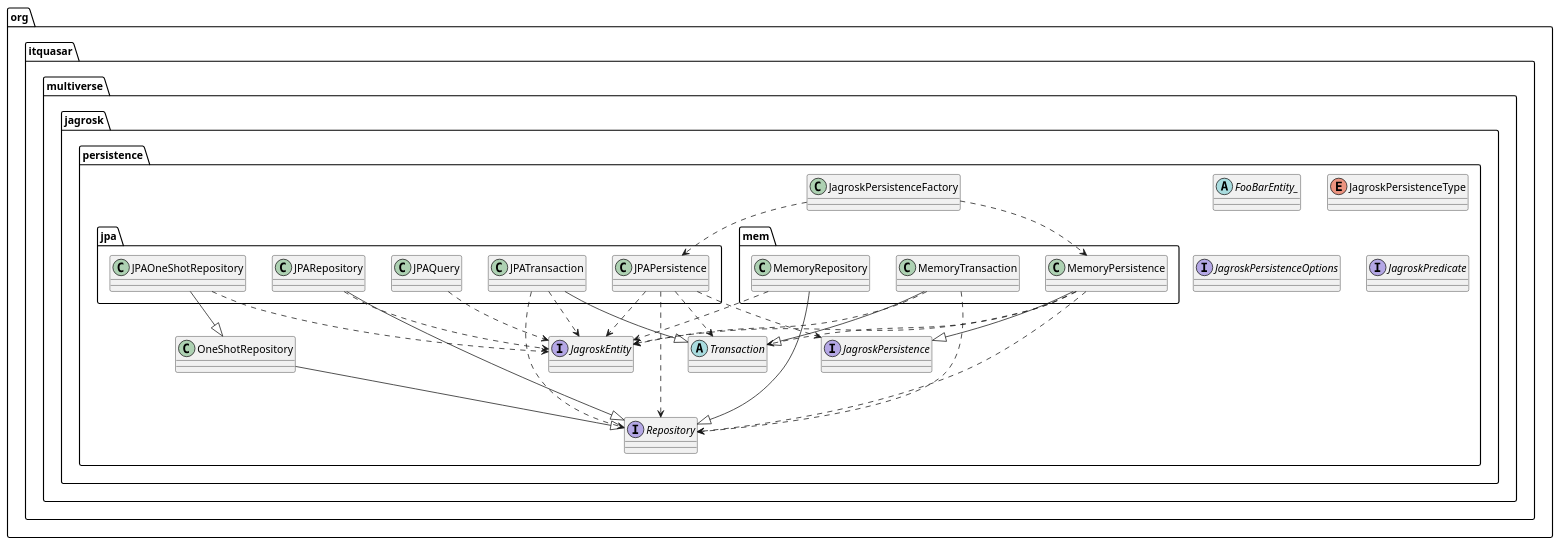
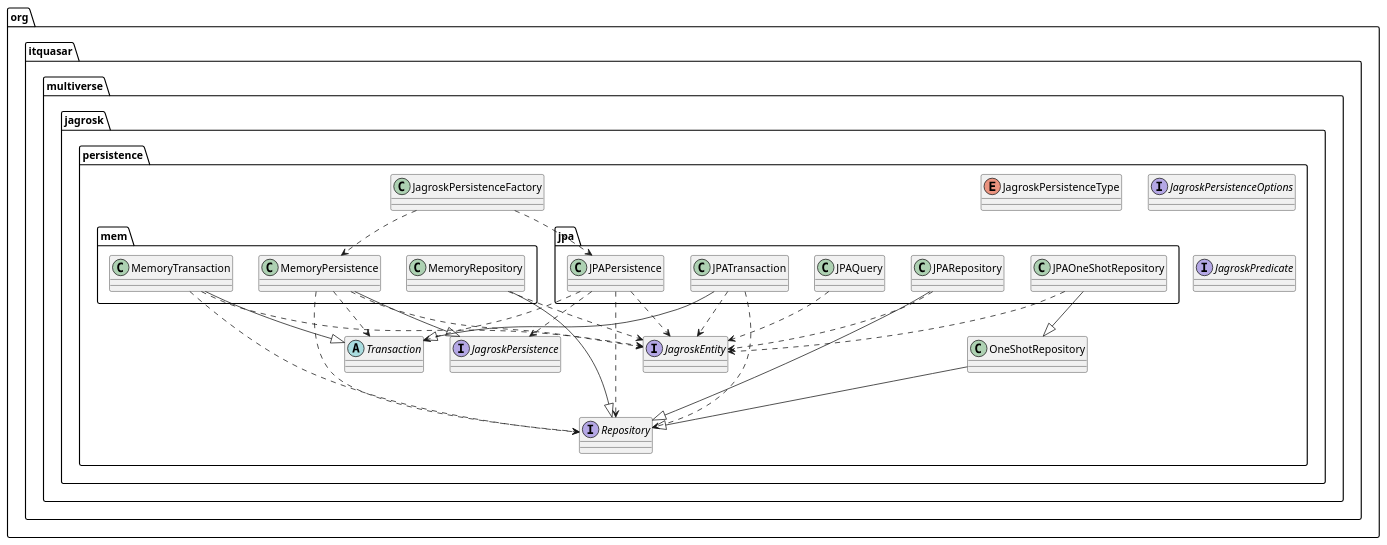
The diagram in src/main/uml/class-diagram.puml (ITQuasar/jagrosk-persistence), drawn with PlantUML before and after one commit. The commit also changed 5 other files, not shown here.

```diff
--- a/src/main/uml/class-diagram.puml
+++ b/src/main/uml/class-diagram.puml
@@ -1,44 +1,43 @@
 @startuml
-abstract class org.itquasar.multiverse.jagrosk.persistence.FooBarEntity_
 abstract class org.itquasar.multiverse.jagrosk.persistence.Transaction
 class org.itquasar.multiverse.jagrosk.persistence.JagroskPersistenceFactory
 class org.itquasar.multiverse.jagrosk.persistence.OneShotRepository
 class org.itquasar.multiverse.jagrosk.persistence.jpa.JPAOneShotRepository
 class org.itquasar.multiverse.jagrosk.persistence.jpa.JPAPersistence
 class org.itquasar.multiverse.jagrosk.persistence.jpa.JPAQuery
 class org.itquasar.multiverse.jagrosk.persistence.jpa.JPARepository
 class org.itquasar.multiverse.jagrosk.persistence.jpa.JPATransaction
 class org.itquasar.multiverse.jagrosk.persistence.mem.MemoryPersistence
 class org.itquasar.multiverse.jagrosk.persistence.mem.MemoryRepository
 class org.itquasar.multiverse.jagrosk.persistence.mem.MemoryTransaction
 enum org.itquasar.multiverse.jagrosk.persistence.JagroskPersistenceType
 interface org.itquasar.multiverse.jagrosk.persistence.JagroskEntity
 interface org.itquasar.multiverse.jagrosk.persistence.JagroskPersistence
 interface org.itquasar.multiverse.jagrosk.persistence.JagroskPersistenceOptions
 interface org.itquasar.multiverse.jagrosk.persistence.JagroskPredicate
 interface org.itquasar.multiverse.jagrosk.persistence.Repository
 org.itquasar.multiverse.jagrosk.persistence.JagroskPersistenceFactory ..> org.itquasar.multiverse.jagrosk.persistence.jpa.JPAPersistence
 org.itquasar.multiverse.jagrosk.persistence.JagroskPersistenceFactory ..> org.itquasar.multiverse.jagrosk.persistence.mem.MemoryPersistence
 org.itquasar.multiverse.jagrosk.persistence.OneShotRepository --|> org.itquasar.multiverse.jagrosk.persistence.Repository
 org.itquasar.multiverse.jagrosk.persistence.jpa.JPAOneShotRepository --|> org.itquasar.multiverse.jagrosk.persistence.OneShotRepository
 org.itquasar.multiverse.jagrosk.persistence.jpa.JPAOneShotRepository ..> org.itquasar.multiverse.jagrosk.persistence.JagroskEntity
 org.itquasar.multiverse.jagrosk.persistence.jpa.JPAPersistence ..> org.itquasar.multiverse.jagrosk.persistence.Transaction
 org.itquasar.multiverse.jagrosk.persistence.jpa.JPAPersistence ..> org.itquasar.multiverse.jagrosk.persistence.JagroskEntity
 org.itquasar.multiverse.jagrosk.persistence.jpa.JPAPersistence ..> org.itquasar.multiverse.jagrosk.persistence.JagroskPersistence
 org.itquasar.multiverse.jagrosk.persistence.jpa.JPAPersistence ..> org.itquasar.multiverse.jagrosk.persistence.Repository
 org.itquasar.multiverse.jagrosk.persistence.jpa.JPAQuery ..> org.itquasar.multiverse.jagrosk.persistence.JagroskEntity
 org.itquasar.multiverse.jagrosk.persistence.jpa.JPARepository ..> org.itquasar.multiverse.jagrosk.persistence.JagroskEntity
 org.itquasar.multiverse.jagrosk.persistence.jpa.JPARepository --|> org.itquasar.multiverse.jagrosk.persistence.Repository
 org.itquasar.multiverse.jagrosk.persistence.jpa.JPATransaction --|> org.itquasar.multiverse.jagrosk.persistence.Transaction
 org.itquasar.multiverse.jagrosk.persistence.jpa.JPATransaction ..> org.itquasar.multiverse.jagrosk.persistence.JagroskEntity
 org.itquasar.multiverse.jagrosk.persistence.jpa.JPATransaction ..> org.itquasar.multiverse.jagrosk.persistence.Repository
 org.itquasar.multiverse.jagrosk.persistence.mem.MemoryPersistence ..> org.itquasar.multiverse.jagrosk.persistence.Transaction
 org.itquasar.multiverse.jagrosk.persistence.mem.MemoryPersistence ..> org.itquasar.multiverse.jagrosk.persistence.JagroskEntity
 org.itquasar.multiverse.jagrosk.persistence.mem.MemoryPersistence --|> org.itquasar.multiverse.jagrosk.persistence.JagroskPersistence
 org.itquasar.multiverse.jagrosk.persistence.mem.MemoryPersistence ..> org.itquasar.multiverse.jagrosk.persistence.Repository
 org.itquasar.multiverse.jagrosk.persistence.mem.MemoryRepository ..> org.itquasar.multiverse.jagrosk.persistence.JagroskEntity
 org.itquasar.multiverse.jagrosk.persistence.mem.MemoryRepository --|> org.itquasar.multiverse.jagrosk.persistence.Repository
 org.itquasar.multiverse.jagrosk.persistence.mem.MemoryTransaction --|> org.itquasar.multiverse.jagrosk.persistence.Transaction
 org.itquasar.multiverse.jagrosk.persistence.mem.MemoryTransaction ..> org.itquasar.multiverse.jagrosk.persistence.JagroskEntity
 org.itquasar.multiverse.jagrosk.persistence.mem.MemoryTransaction ..> org.itquasar.multiverse.jagrosk.persistence.Repository
 @enduml
```
